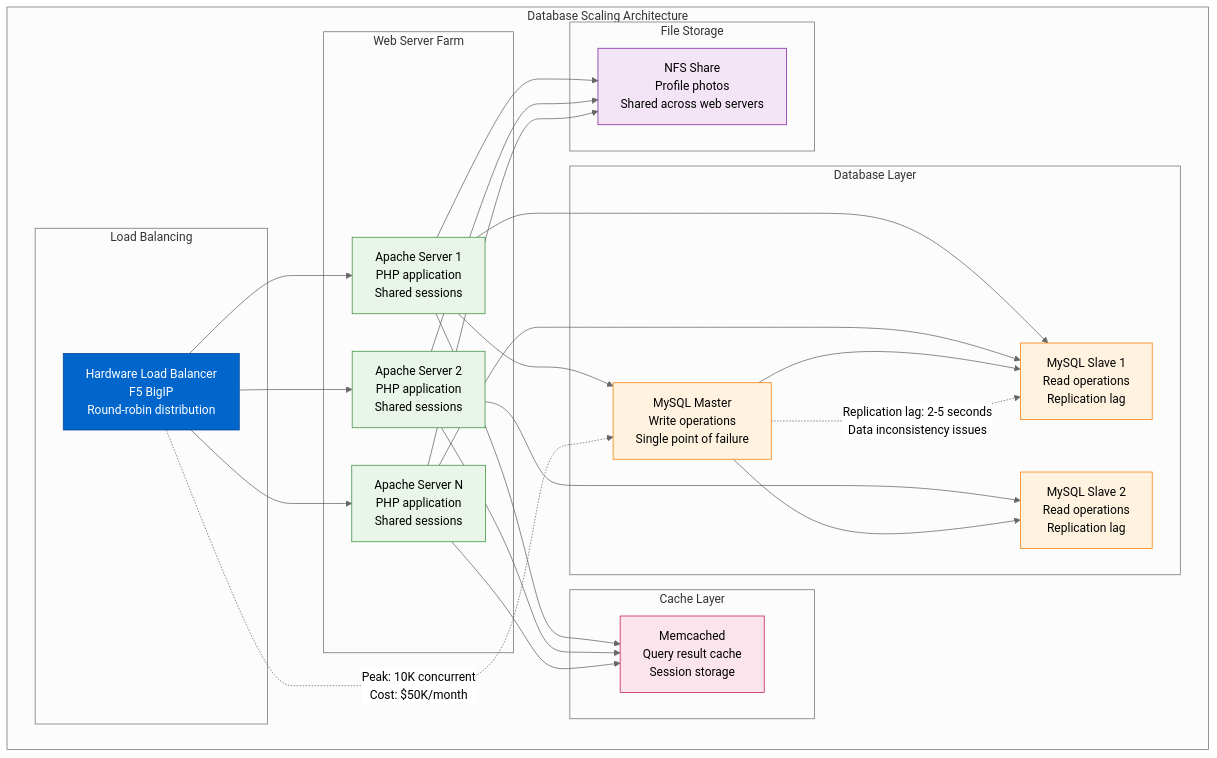
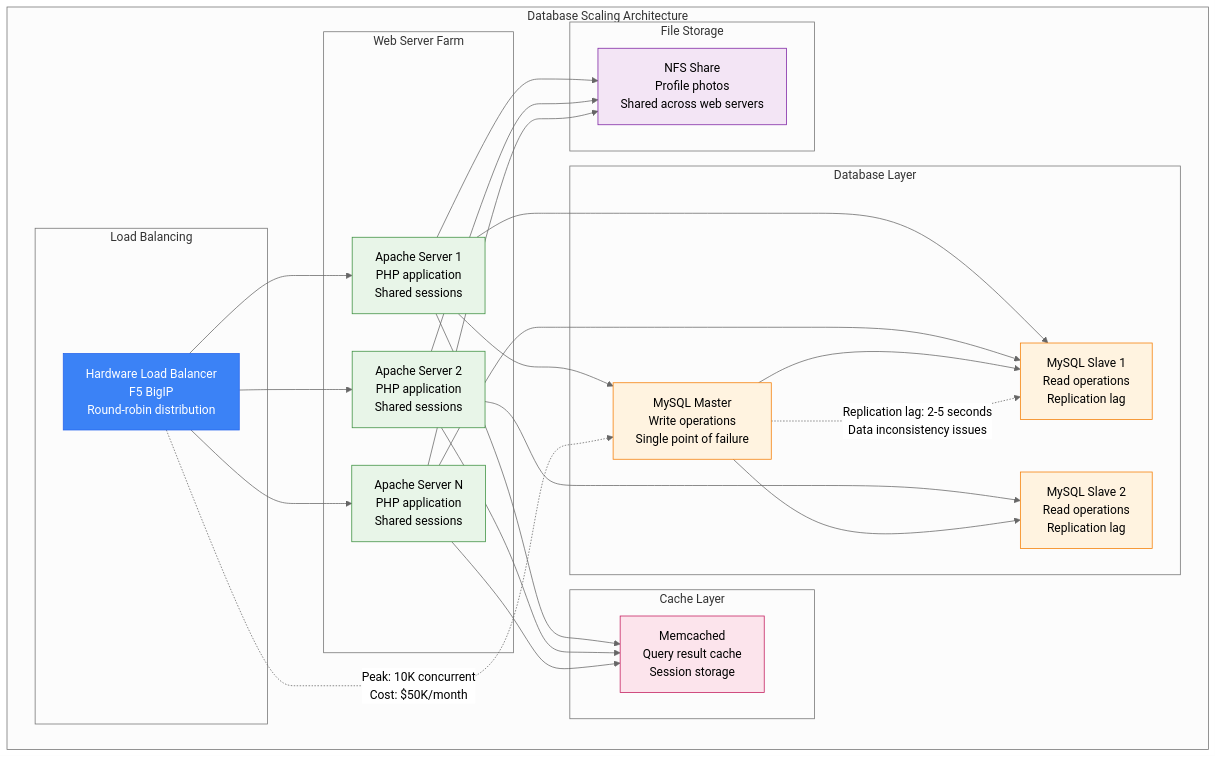
Before and after one commit to deepaucksharma/DS: the third of 8 diagrams in site/docs/systems/linkedin/scale-evolution.md, drawn with Mermaid (neutral theme). The commit also changed other lines of this file and 303 other files, not shown here.

````diff
--- a/site/docs/systems/linkedin/scale-evolution.md
+++ b/site/docs/systems/linkedin/scale-evolution.md
@@ -87,64 +87,64 @@
 ```mermaid
 graph TB
     subgraph ScalingCrisis[Database Scaling Architecture]
         subgraph LoadBalancing[Load Balancing]
             LB[Hardware Load Balancer<br/>F5 BigIP<br/>Round-robin distribution]
         end
 
         subgraph WebServers[Web Server Farm]
             WEB1[Apache Server 1<br/>PHP application<br/>Shared sessions]
             WEB2[Apache Server 2<br/>PHP application<br/>Shared sessions]
             WEBN[Apache Server N<br/>PHP application<br/>Shared sessions]
         end
 
         subgraph DatabaseLayer[Database Layer]
             MYSQL_MASTER[MySQL Master<br/>Write operations<br/>Single point of failure]
             MYSQL_SLAVE1[MySQL Slave 1<br/>Read operations<br/>Replication lag]
             MYSQL_SLAVE2[MySQL Slave 2<br/>Read operations<br/>Replication lag]
         end
 
         subgraph CacheLayer[Cache Layer]
             MEMCACHED[Memcached<br/>Query result cache<br/>Session storage]
         end
 
         subgraph FileStorage[File Storage]
             NFS[NFS Share<br/>Profile photos<br/>Shared across web servers]
         end
     end
 
     LB --> WEB1
     LB --> WEB2
     LB --> WEBN
 
     WEB1 --> MYSQL_MASTER
     WEB1 --> MYSQL_SLAVE1
     WEB2 --> MYSQL_SLAVE2
     WEBN --> MYSQL_SLAVE1
 
     WEB1 --> MEMCACHED
     WEB2 --> MEMCACHED
     WEBN --> MEMCACHED
 
     WEB1 --> NFS
     WEB2 --> NFS
     WEBN --> NFS
 
     MYSQL_MASTER --> MYSQL_SLAVE1
     MYSQL_MASTER --> MYSQL_SLAVE2
 
     %% Performance annotations
     LB -.->|"Peak: 10K concurrent<br/>Cost: $50K/month"| MYSQL_MASTER
     MYSQL_MASTER -.->|"Replication lag: 2-5 seconds<br/>Data inconsistency issues"| MYSQL_SLAVE1
 
-    classDef lbStyle fill:#0066CC,stroke:#004499,color:#fff
+    classDef lbStyle fill:#3B82F6,stroke:#2563EB,color:#fff
     classDef webStyle fill:#E8F5E8,stroke:#388E3C,color:#000
     classDef dbStyle fill:#FFF3E0,stroke:#F57C00,color:#000
     classDef cacheStyle fill:#FCE4EC,stroke:#C2185B,color:#000
     classDef storageStyle fill:#F3E5F5,stroke:#7B1FA2,color:#000
 
     class LB lbStyle
     class WEB1,WEB2,WEBN webStyle
     class MYSQL_MASTER,MYSQL_SLAVE1,MYSQL_SLAVE2 dbStyle
     class MEMCACHED cacheStyle
     class NFS storageStyle
 ```
````
